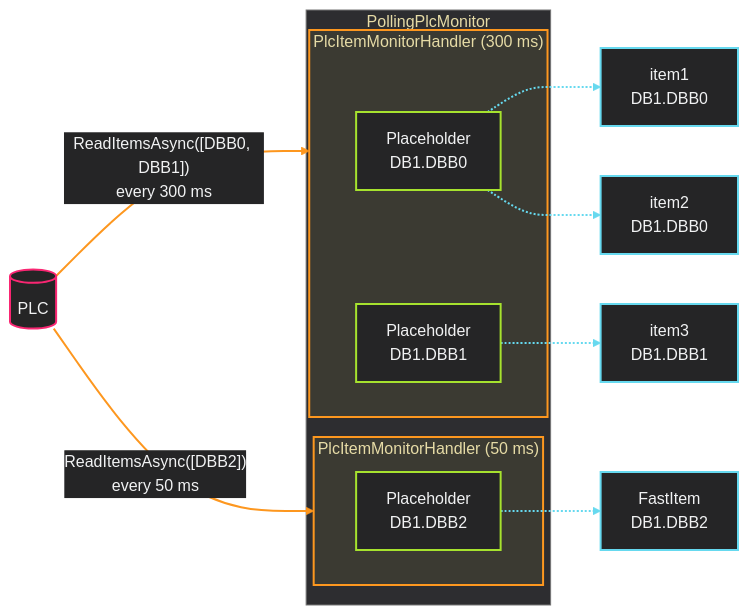
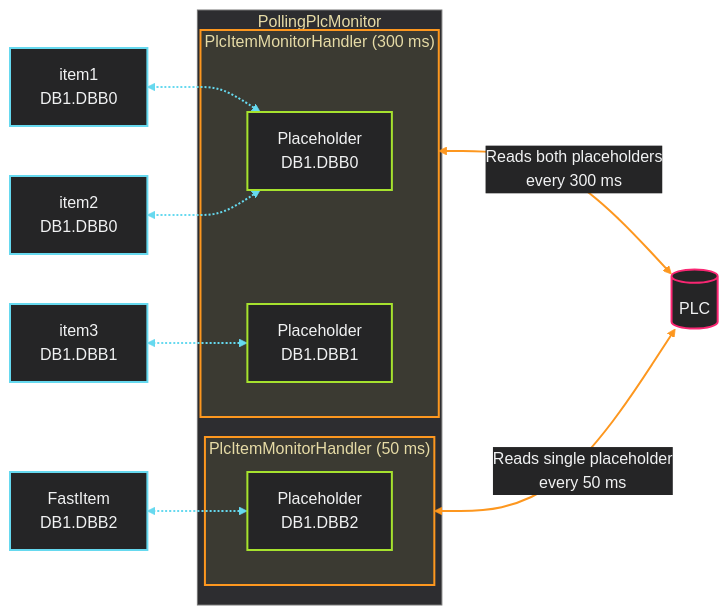
Before and after one commit to LittleGitPhoenix/Data.Plc: the diagram in README.md, drawn with Mermaid. The commit also changed other lines of this file, not shown here.

````diff
--- a/README.md
+++ b/README.md
@@ -380,42 +380,42 @@
 ``` mermaid
 %%{init: {"theme": "base", "themeVariables": {"background": "#252526", "primaryColor": "#252526", "primaryTextColor": "#F1F2F3", "textColor": "#F1F2F3", "primaryBorderColor": "#757575", "lineColor": "#757575", "clusterBkg": "#2D2D30", "clusterBorder": "#484943", "edgeLabelBackground": "#252526"}}}%%
-flowchart LR
+flowchart RL
 	PLC[("PLC")]
 
 	subgraph Monitor["PollingPlcMonitor"]
 		subgraph HandlerDefault["PlcItemMonitorHandler (300 ms)"]
 			PlaceholderA["Placeholder<br/>DB1.DBB0"]
 			PlaceholderB["Placeholder<br/>DB1.DBB1"]
 		end
 		subgraph HandlerFast["PlcItemMonitorHandler (50 ms)"]
 			PlaceholderC["Placeholder<br/>DB1.DBB2"]
 		end
 	end
 
 	Item1["item1<br/>DB1.DBB0"]
 	Item2["item2<br/>DB1.DBB0"]
 	Item3["item3<br/>DB1.DBB1"]
 	Item4["FastItem<br/>DB1.DBB2"]
 
-	PLC -- "ReadItemsAsync([DBB0, DBB1])<br/>every 300 ms" --> HandlerDefault
-	PLC -- "ReadItemsAsync([DBB2])<br/>every 50 ms" --> HandlerFast
+	PLC <-- "Reads both placeholders<br/>every 300 ms" --> HandlerDefault
+	PLC <-- "Reads single placeholder<br/>every 50 ms" --> HandlerFast
 
-	PlaceholderA -.-> Item1
-	PlaceholderA -.-> Item2
-	PlaceholderB -.-> Item3
-	PlaceholderC -.-> Item4
+	PlaceholderA <-.-> Item1
+	PlaceholderA <-.-> Item2
+	PlaceholderB <-.-> Item3
+	PlaceholderC <-.-> Item4
 
 	classDef plc fill:#252526,stroke:#F92672,stroke-width:2px,color:#F1F2F3
 	classDef placeholder fill:#252526,stroke:#A6E22E,stroke-width:2px,color:#F1F2F3
 	classDef item fill:#252526,stroke:#66D9EF,stroke-width:2px,color:#F1F2F3
 	class PLC plc
 	class PlaceholderA,PlaceholderB,PlaceholderC placeholder
 	class Item1,Item2,Item3,Item4 item
 
 	style Monitor fill:#2D2D30,stroke:#757575,color:#E6DBA6
 	style HandlerDefault fill:#3B3A32,stroke:#FD971F,stroke-width:2px,color:#E6DBA6
 	style HandlerFast fill:#3B3A32,stroke:#FD971F,stroke-width:2px,color:#E6DBA6
 
 	linkStyle 0,1 stroke:#FD971F,stroke-width:2px
 	linkStyle 2,3,4,5 stroke:#66D9EF,stroke-width:2px
 ```
````
